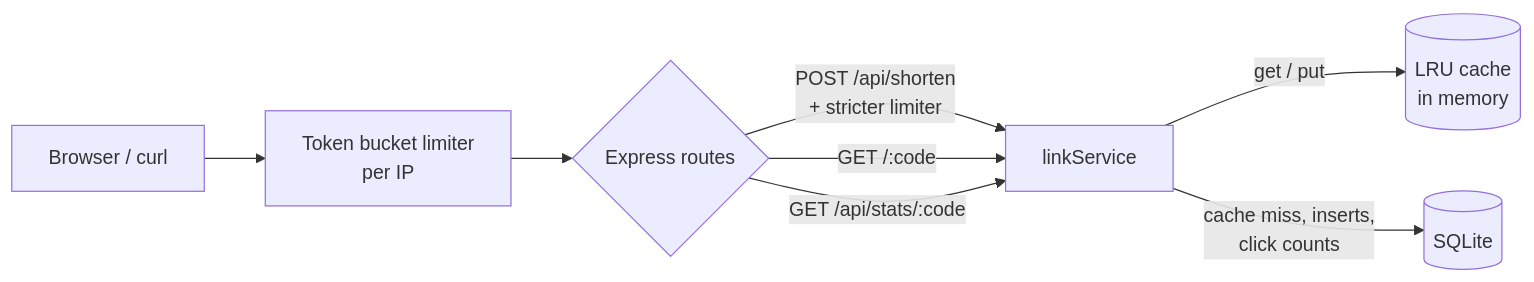
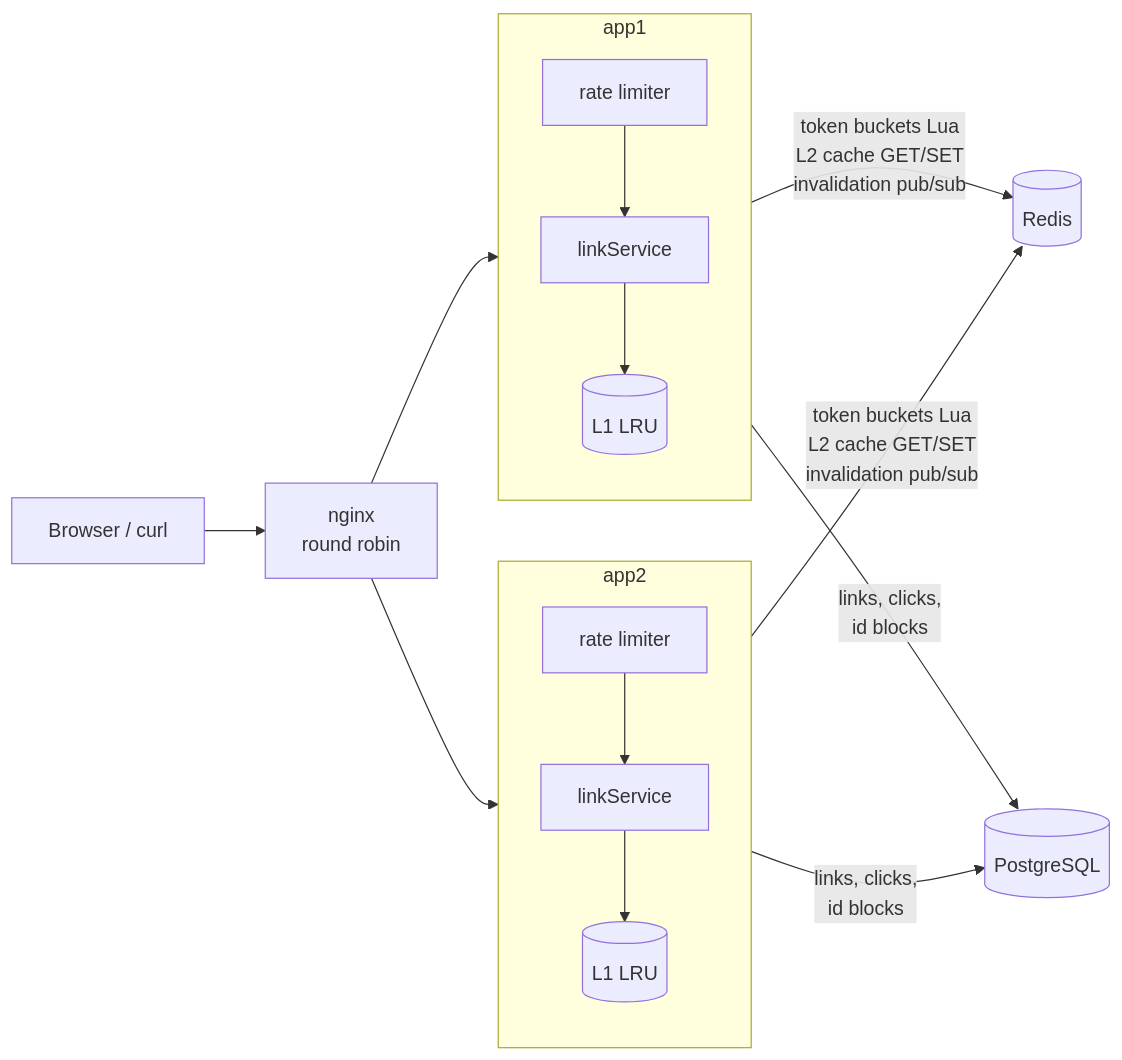
Before and after one commit to Saipavanavsp/linklite: the first of 2 diagrams in README.md, drawn with Mermaid. The commit also changed other lines of this file and 6 other files, not shown here.

````diff
--- a/README.md
+++ b/README.md
@@ -87,10 +112,18 @@
 ```mermaid
 flowchart LR
-    B[Browser / curl] --> RL[Token bucket limiter<br/>per IP]
-    RL --> R{Express routes}
-    R -->|POST /api/shorten<br/>+ stricter limiter| S[linkService]
-    R -->|GET /:code| S
-    R -->|GET /api/stats/:code| S
-    S -->|get / put| C[(LRU cache<br/>in memory)]
-    S -->|cache miss, inserts,<br/>click counts| DB[(SQLite)]
+    C[Browser / curl] --> N[nginx<br/>round robin]
+    N --> A1
+    N --> A2
+
+    subgraph A1 [app1]
+        direction TB
+        RL1[rate limiter] --> S1[linkService] --> L1a[(L1 LRU)]
+    end
+    subgraph A2 [app2]
+        direction TB
+        RL2[rate limiter] --> S2[linkService] --> L1b[(L1 LRU)]
+    end
+
+    A1 & A2 -->|token buckets Lua<br/>L2 cache GET/SET<br/>invalidation pub/sub| R[(Redis)]
+    A1 & A2 -->|links, clicks,<br/>id blocks| P[(PostgreSQL)]
 ```
````
